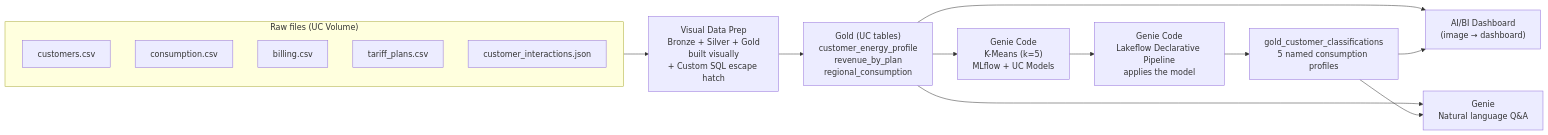
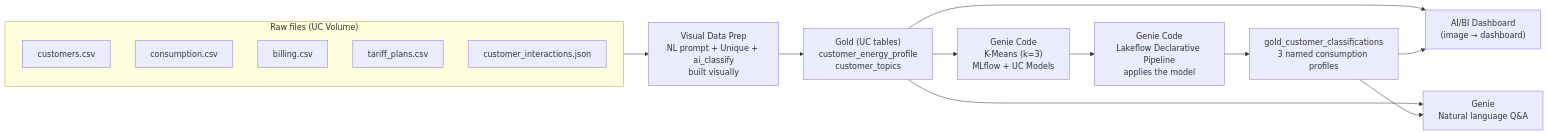
The diagram in README.md (AlexPicard10/retail-energy-demo-en), drawn with Mermaid before and after one commit. The commit also changed other lines of this file and 8 other files, not shown here.

````diff
--- a/README.md
+++ b/README.md
@@ -11,20 +11,20 @@
 ```mermaid
 flowchart LR
     subgraph RAW["Raw files (UC Volume)"]
       A[customers.csv]
       B[consumption.csv]
       C[billing.csv]
       D[tariff_plans.csv]
       E[customer_interactions.json]
     end
 
-    RAW --> VDP["Visual Data Prep<br/>Bronze + Silver + Gold<br/>built visually<br/>+ Custom SQL escape hatch"]
-    VDP --> GOLD["Gold (UC tables)<br/>customer_energy_profile<br/>revenue_by_plan<br/>regional_consumption"]
-    GOLD --> ML["Genie Code<br/>K-Means (k=5)<br/>MLflow + UC Models"]
+    RAW --> VDP["Visual Data Prep<br/>NL prompt + Unique + ai_classify<br/>built visually"]
+    VDP --> GOLD["Gold (UC tables)<br/>customer_energy_profile<br/>customer_topics"]
+    GOLD --> ML["Genie Code<br/>K-Means (k=3)<br/>MLflow + UC Models"]
     ML --> PIPELINE["Genie Code<br/>Lakeflow Declarative Pipeline<br/>applies the model"]
-    PIPELINE --> CLASSIF["gold_customer_classifications<br/>5 named consumption profiles"]
+    PIPELINE --> CLASSIF["gold_customer_classifications<br/>3 named consumption profiles"]
     GOLD --> DASH["AI/BI Dashboard<br/>(image → dashboard)"]
     CLASSIF --> DASH
     GOLD --> GENIE["Genie<br/>Natural language Q&A"]
     CLASSIF --> GENIE
 ```
````
